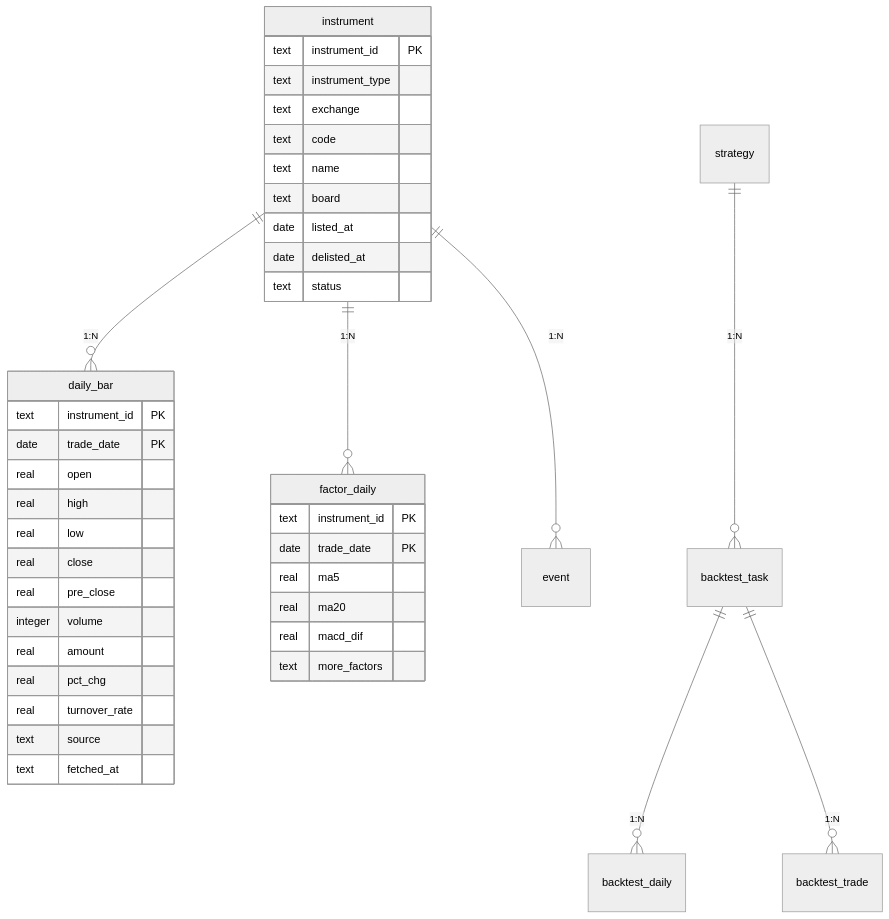
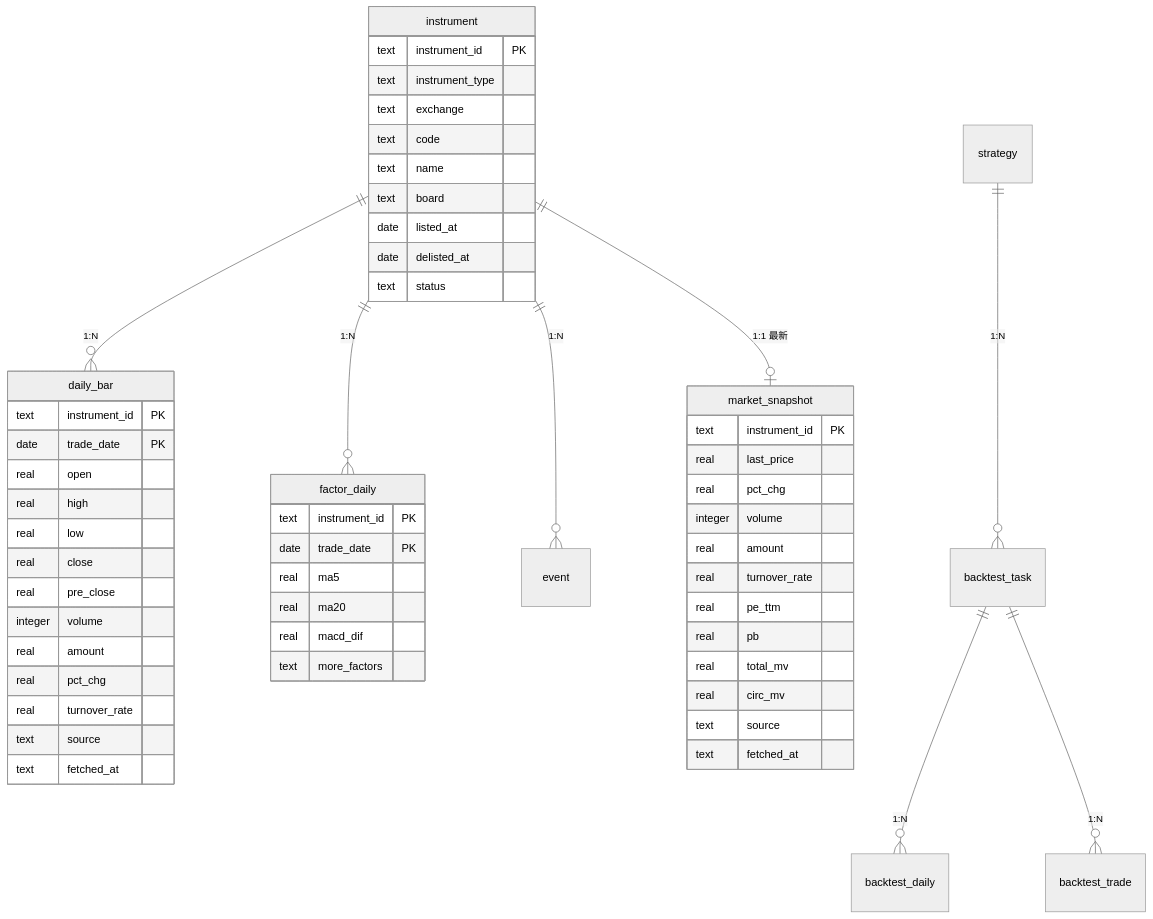
Before and after one commit to haaasakim/financeAgent-solo: the diagram in docs/DATA_CONTRACT.md, drawn with Mermaid (neutral theme). The commit also changed 4 other files, not shown here.

````diff
--- a/docs/DATA_CONTRACT.md
+++ b/docs/DATA_CONTRACT.md
@@ -17,44 +17,59 @@
 ```mermaid
 erDiagram
     instrument ||--o{ daily_bar : "1:N"
     instrument ||--o{ factor_daily : "1:N"
     instrument ||--o{ event : "1:N"
+    instrument ||--o| market_snapshot : "1:1 最新"
     strategy ||--o{ backtest_task : "1:N"
     backtest_task ||--o{ backtest_daily : "1:N"
     backtest_task ||--o{ backtest_trade : "1:N"
 
     instrument {
         text instrument_id PK
         text instrument_type
         text exchange
         text code
         text name
         text board
         date listed_at
         date delisted_at
         text status
     }
     daily_bar {
         text instrument_id PK
         date trade_date PK
         real open
         real high
         real low
         real close
         real pre_close
         integer volume
         real amount
         real pct_chg
         real turnover_rate
         text source
         text fetched_at
     }
+    market_snapshot {
+        text instrument_id PK
+        real last_price
+        real pct_chg
+        integer volume
+        real amount
+        real turnover_rate
+        real pe_ttm
+        real pb
+        real total_mv
+        real circ_mv
+        text source
+        text fetched_at
+    }
     factor_daily {
         text instrument_id PK
         date trade_date PK
         real ma5
         real ma20
         real macd_dif
         text more_factors
     }
 ```
````
